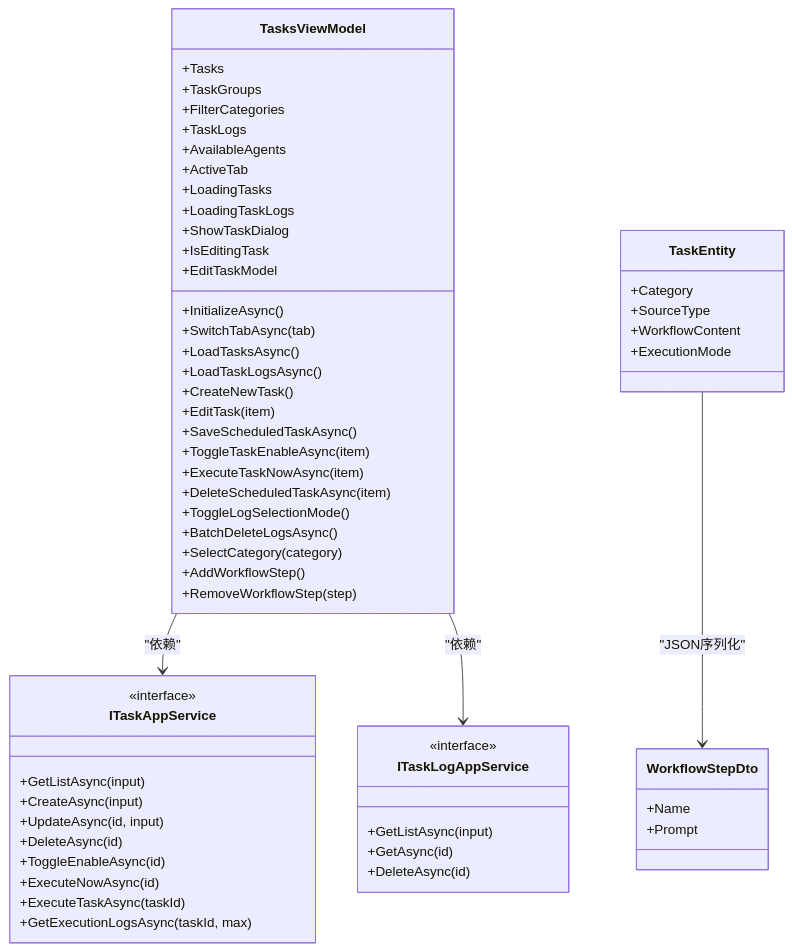
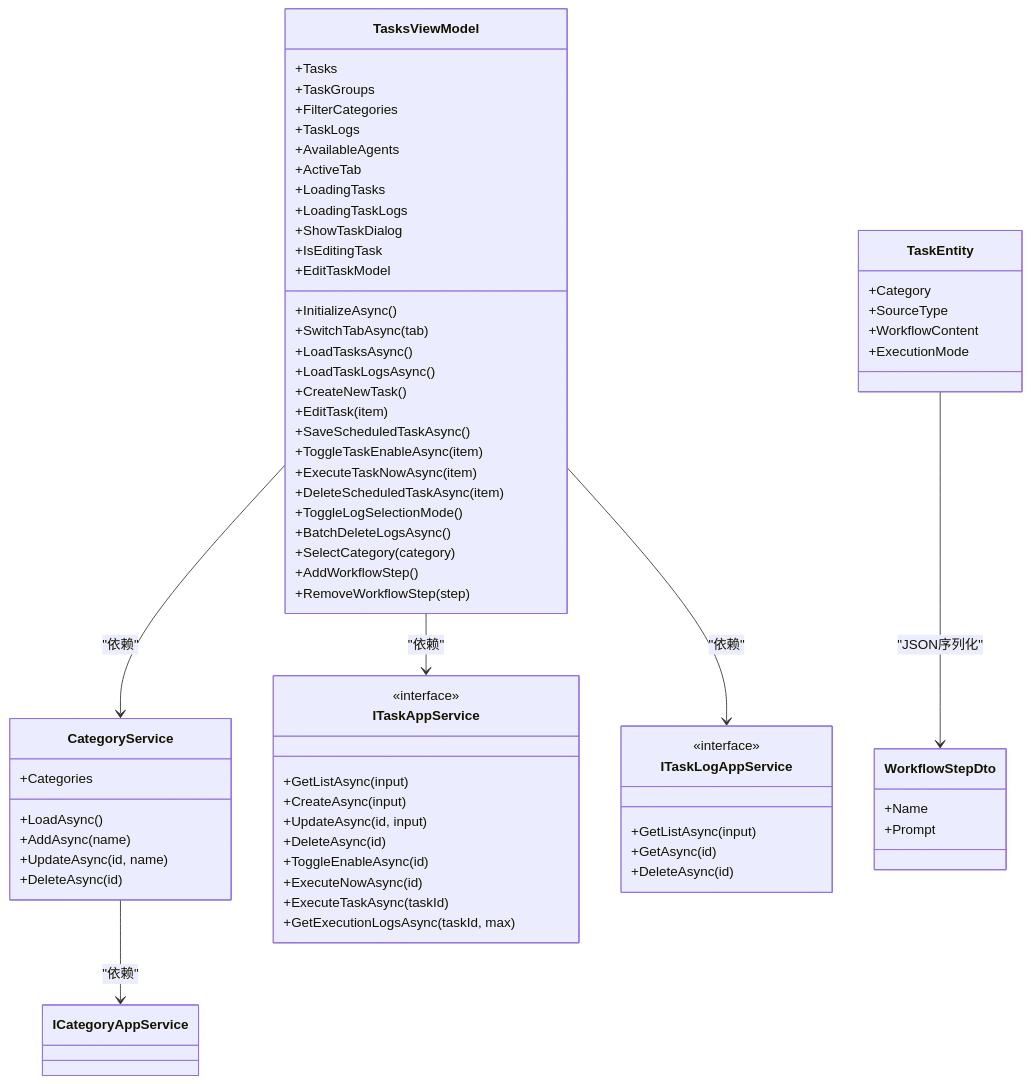
Before and after one commit to openlowcodelab/lowcode: diagram 11 of 12 in .qoder/repowiki/zh/content/AI助手服务/桌面端应用/视图模型层/任务管理视图模型.md, drawn with Mermaid. The commit also changed other lines of this file and 56 other files, not shown here.

````diff
--- a/.qoder/repowiki/zh/content/AI助手服务/桌面端应用/视图模型层/任务管理视图模型.md
+++ b/.qoder/repowiki/zh/content/AI助手服务/桌面端应用/视图模型层/任务管理视图模型.md
@@ -436,61 +536,70 @@
 ```mermaid
 classDiagram
 class TasksViewModel {
 +Tasks
 +TaskGroups
 +FilterCategories
 +TaskLogs
 +AvailableAgents
 +ActiveTab
 +LoadingTasks
 +LoadingTaskLogs
 +ShowTaskDialog
 +IsEditingTask
 +EditTaskModel
 +InitializeAsync()
 +SwitchTabAsync(tab)
 +LoadTasksAsync()
 +LoadTaskLogsAsync()
 +CreateNewTask()
 +EditTask(item)
 +SaveScheduledTaskAsync()
 +ToggleTaskEnableAsync(item)
 +ExecuteTaskNowAsync(item)
 +DeleteScheduledTaskAsync(item)
 +ToggleLogSelectionMode()
 +BatchDeleteLogsAsync()
 +SelectCategory(category)
 +AddWorkflowStep()
 +RemoveWorkflowStep(step)
 }
+class CategoryService {
++Categories
++LoadAsync()
++AddAsync(name)
++UpdateAsync(id, name)
++DeleteAsync(id)
+}
 class ITaskAppService {
 <<interface>>
 +GetListAsync(input)
 +CreateAsync(input)
 +UpdateAsync(id, input)
 +DeleteAsync(id)
 +ToggleEnableAsync(id)
 +ExecuteNowAsync(id)
 +ExecuteTaskAsync(taskId)
 +GetExecutionLogsAsync(taskId, max)
 }
 class ITaskLogAppService {
 <<interface>>
 +GetListAsync(input)
 +GetAsync(id)
 +DeleteAsync(id)
 }
 class TaskEntity {
 +Category
 +SourceType
 +WorkflowContent
 +ExecutionMode
 }
 class WorkflowStepDto {
 +Name
 +Prompt
 }
 TasksViewModel --> ITaskAppService : "依赖"
 TasksViewModel --> ITaskLogAppService : "依赖"
+TasksViewModel --> CategoryService : "依赖"
+CategoryService --> ICategoryAppService : "依赖"
 TaskEntity --> WorkflowStepDto : "JSON序列化"
 ```
````
